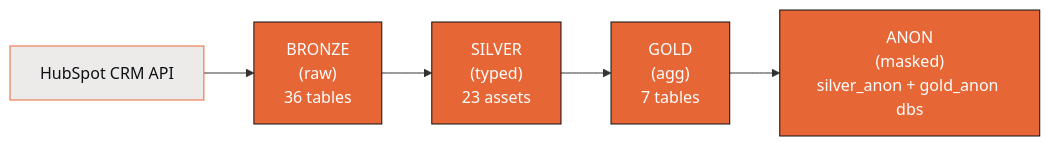
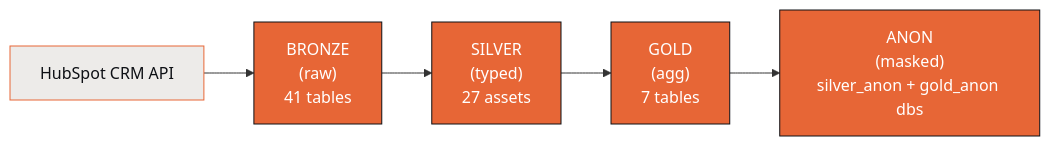
Before and after one commit to borismichel/ClickSpot: the diagram in docs/data-pipeline.md, drawn with Mermaid. The commit also changed other lines of this file and 2 other files, not shown here.

````diff
--- a/docs/data-pipeline.md
+++ b/docs/data-pipeline.md
@@ -21,10 +21,10 @@
 ```mermaid
 flowchart LR
     HS["HubSpot CRM API"] --> BR
-    BR["BRONZE<br/>(raw)<br/>36 tables"] --> SV["SILVER<br/>(typed)<br/>23 assets"] --> GD["GOLD<br/>(agg)<br/>7 tables"] --> AN["ANON<br/>(masked)<br/>silver_anon + gold_anon dbs"]
+    BR["BRONZE<br/>(raw)<br/>41 tables"] --> SV["SILVER<br/>(typed)<br/>27 assets"] --> GD["GOLD<br/>(agg)<br/>7 tables"] --> AN["ANON<br/>(masked)<br/>silver_anon + gold_anon dbs"]
 
     classDef store fill:#e76636,stroke:#0e1015,color:#ffffff;
     classDef edge fill:#edebe9,stroke:#e76636,color:#0e1015;
     class BR,SV,GD,AN store;
     class HS edge;
 ```
````
